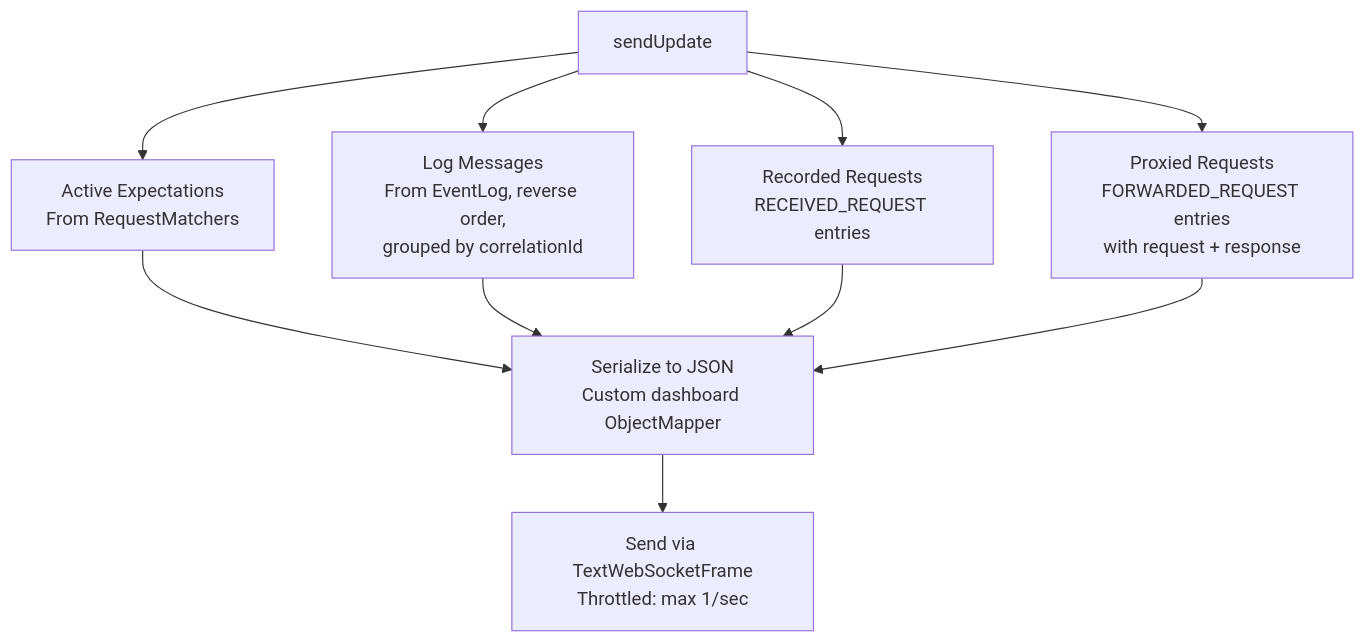
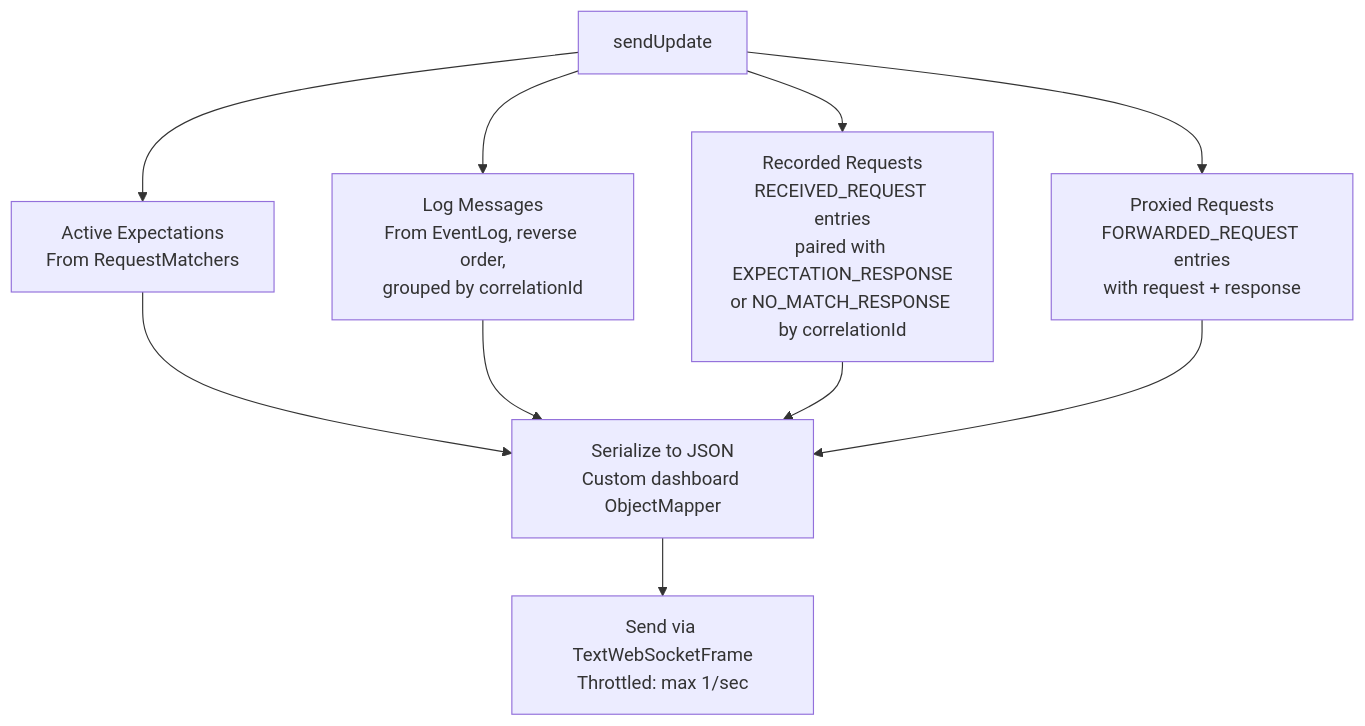
The seventh of 7 diagrams in docs/code/dashboard-ui.md (sean8601/mockserver-monorepo), drawn with Mermaid before and after one commit. The commit also changed other lines of this file and 35 other files, not shown here.

````diff
--- a/docs/code/dashboard-ui.md
+++ b/docs/code/dashboard-ui.md
@@ -434,22 +525,24 @@
 ```mermaid
 flowchart TD
     SU[sendUpdate] --> AE["Active Expectations
 From RequestMatchers"]
     SU --> LM["Log Messages
 From EventLog, reverse order,
 grouped by correlationId"]
     SU --> RR["Recorded Requests
-RECEIVED_REQUEST entries"]
+RECEIVED_REQUEST entries
+paired with EXPECTATION_RESPONSE
+or NO_MATCH_RESPONSE by correlationId"]
     SU --> PR["Proxied Requests
 FORWARDED_REQUEST entries
 with request + response"]
 
     AE --> JSON["Serialize to JSON
 Custom dashboard ObjectMapper"]
     LM --> JSON
     RR --> JSON
     PR --> JSON
 
     JSON --> SEND["Send via TextWebSocketFrame
 Throttled: max 1/sec"]
 ```
````
